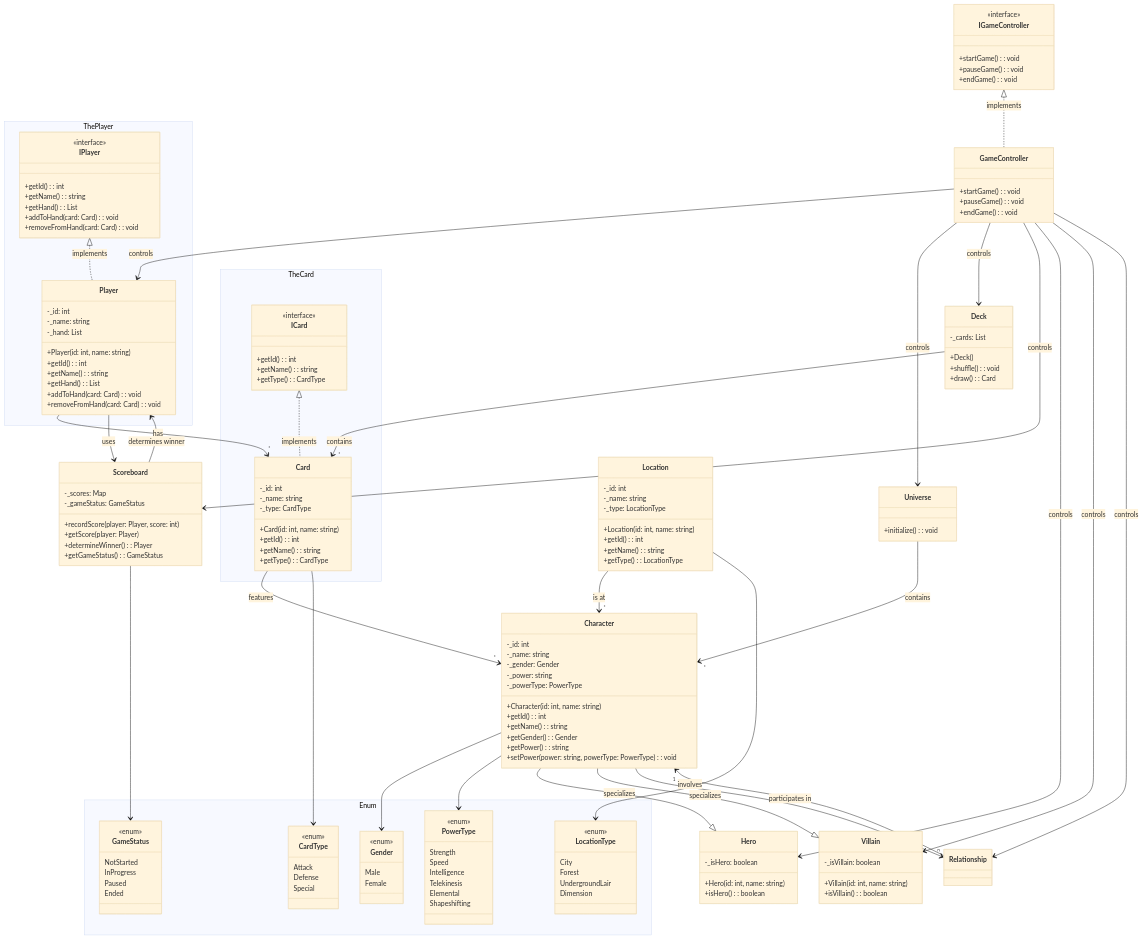
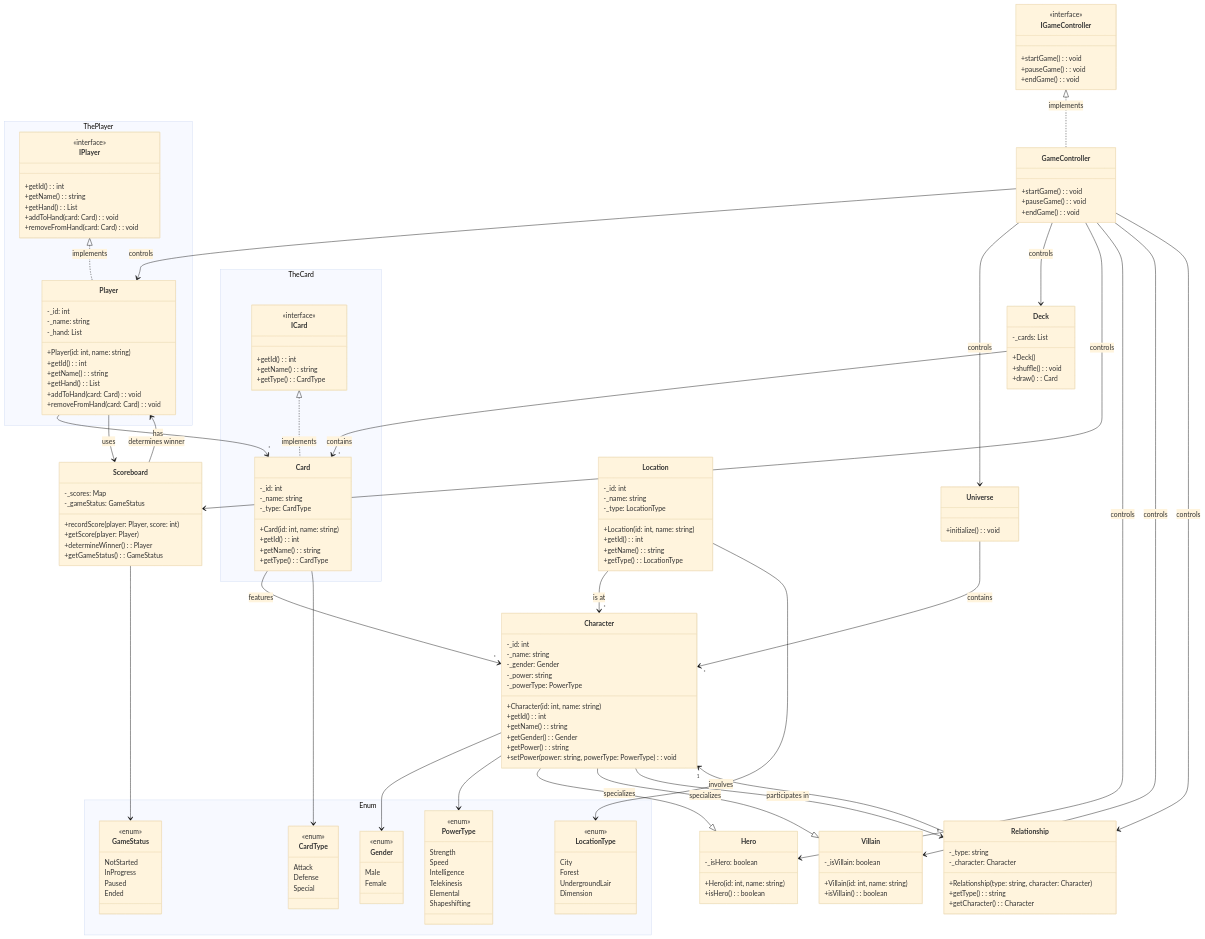
The diagram in Marvel Span Game/Diagram V2.mmd (hanif85/BootcampBatch6), drawn with Mermaid (base theme) before and after one commit.

Commit message:
modification for relathionship

```diff
--- a/Marvel Span Game/Diagram V2.mmd
+++ b/Marvel Span Game/Diagram V2.mmd
@@ -1,182 +1,189 @@
 classDiagram
 
 namespace Enum {
 
   class Gender{
    <<enum>>
     Male
     Female
   }
 
   class PowerType {
   <<enum>>
     Strength
     Speed
     Intelligence
     Telekinesis
     Elemental
     Shapeshifting
   }
 
   class LocationType {
   <<enum>>
     City
     Forest
     UndergroundLair
     Dimension
   }
 
   class CardType {
   <<enum>>
     Attack
     Defense
     Special
   }
 
   class GameStatus {
   <<enum>>
     NotStarted
     InProgress
     Paused
     Ended
   }
 }
 
 class  IGameController {
 <<interface>>
     +startGame(): void
     +pauseGame(): void
     +endGame(): void
 }
 
 class GameController {
     +startGame(): void
     +pauseGame(): void
     +endGame(): void
 }
 
 IGameController <|.. GameController : implements
 
 namespace ThePlayer {
     class IPlayer {
      <<interface>>
         +getId(): int
         +getName(): string
         +getHand(): List<Card>
         +addToHand(card: Card): void
         +removeFromHand(card: Card): void
     }
 
     class Player {
         -_id: int
         -_name: string
         -_hand: List<Card>
         +Player(id: int, name: string)
         +getId(): int
         +getName(): string
         +getHand(): List<Card>
         +addToHand(card: Card): void
         +removeFromHand(card: Card): void
     }
 }
 
 IPlayer <|.. Player : implements
 
 class Scoreboard {
     -_scores: Map<Player, int>
     -_gameStatus: GameStatus
     +recordScore(player: Player, score: int)
     +getScore(player: Player)
     +determineWinner(): Player
     +getGameStatus(): GameStatus
 }
 
 namespace TheCard {
     class ICard {
     <<interface>>
         +getId(): int
         +getName(): string
         +getType(): CardType
     }
 
     class Card {
         -_id: int
         -_name: string
         -_type: CardType
         +Card(id: int, name: string)
         +getId(): int
         +getName(): string
         +getType(): CardType
     }
 }
 
 ICard <|.. Card : implements
 
 class Deck {
     -_cards: List<Card>
     +Deck()
     +shuffle(): void
     +draw(): Card
 }
 
 
 class Hero {
     -_isHero: boolean
     +Hero(id: int, name: string)
     +isHero(): boolean
 }
   class Universe {
     +initialize(): void
   }
 class Villain {
     -_isVillain: boolean
     +Villain(id: int, name: string)
     +isVillain(): boolean
 }
   class Location {
     -_id: int
     -_name: string
     -_type: LocationType
     +Location(id: int, name: string)
     +getId(): int
     +getName(): string
     +getType(): LocationType
   }
+    class Relationship {
+    -_type: string
+    -_character: Character
+    +Relationship(type: string, character: Character)
+    +getType(): string
+    +getCharacter(): Character
+  }
 
   class Character {
     -_id: int
     -_name: string
     -_gender: Gender
     -_power: string
     -_powerType: PowerType
     +Character(id: int, name: string)
     +getId(): int
     +getName(): string
     +getGender(): Gender
     +getPower(): string
     +setPower(power: string, powerType: PowerType): void
   }
   Universe --> "*" Character : contains
   GameController --> Universe : controls
   GameController --> Player : controls
   GameController --> Deck : controls
   GameController --> Scoreboard : controls
   GameController --> Hero : controls
   GameController --> Villain : controls
   GameController --> Relationship : controls
   Character --> Gender
   Character -->PowerType
   Character --|> Hero : specializes
   Character --|> Villain : specializes
   Character --> "n" Relationship : participates in
   Player --> "*" Card : has
   Player --> Scoreboard : uses
   Card --> "*" Character : features
   Card --> CardType
   Location --> "*" Character : is at
   Location --> LocationType
 
   Deck --> "*" Card : contains
   Scoreboard --> Player : determines winner
   Scoreboard --> GameStatus
   Relationship --> "1" Character : involves
```
